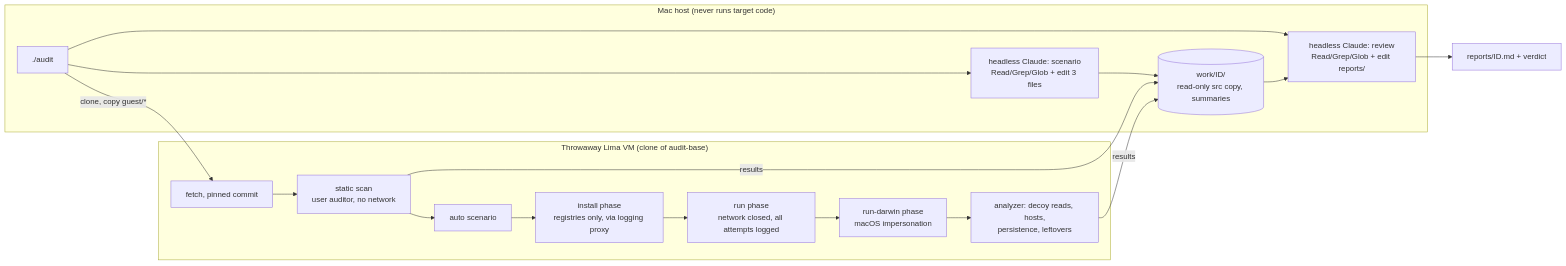
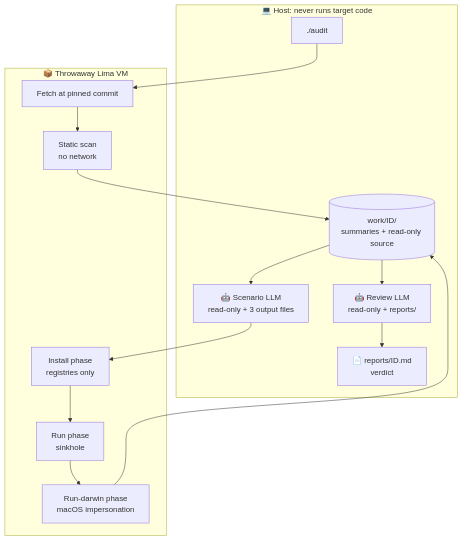
The diagram in README.md (dl-portfolio/plugin-audit), drawn with Mermaid before and after one commit. The commit also changed other lines of this file and 17 other files, not shown here.

````diff
--- a/README.md
+++ b/README.md
@@ -51,22 +113,20 @@
 ```mermaid
-flowchart LR
-  subgraph Host["Mac host (never runs target code)"]
-    A["./audit"] --> S["headless Claude: scenario<br/>Read/Grep/Glob + edit 3 files"]
-    A --> R["headless Claude: review<br/>Read/Grep/Glob + edit reports/"]
-    W[("work/ID/<br/>read-only src copy, summaries")]
-    S --> W
-    W --> R
+flowchart TB
+  subgraph HOST["💻 Host: never runs target code"]
+    A["./audit"]
+    S["🤖 Scenario LLM<br/>read-only + 3 output files"]
+    R["🤖 Review LLM<br/>read-only + reports/"]
+    W[("work/ID/<br/>summaries + read-only source")]
+    REP["📄 reports/ID.md<br/>verdict"]
   end
-  subgraph VM["Throwaway Lima VM (clone of audit-base)"]
-    F["fetch, pinned commit"] --> ST["static scan<br/>user auditor, no network"]
-    ST --> AS["auto scenario"]
-    AS --> I["install phase<br/>registries only, via logging proxy"]
-    I --> RU["run phase<br/>network closed, all attempts logged"]
-    RU --> RD["run-darwin phase<br/>macOS impersonation"]
-    RD --> AN["analyzer: decoy reads, hosts,<br/>persistence, leftovers"]
+  subgraph VM["📦 Throwaway Lima VM"]
+    F["Fetch at pinned commit"]
+    ST["Static scan<br/>no network"]
+    I["Install phase<br/>registries only"]
+    RU["Run phase<br/>sinkhole"]
+    RD["Run-darwin phase<br/>macOS impersonation"]
   end
-  A -- "clone, copy guest/*" --> F
-  ST -- results --> W
-  AN -- results --> W
-  R --> REP["reports/ID.md + verdict"]
+  A --> F --> ST --> W
+  W --> S --> I --> RU --> RD --> W
+  W --> R --> REP
 ```
````
